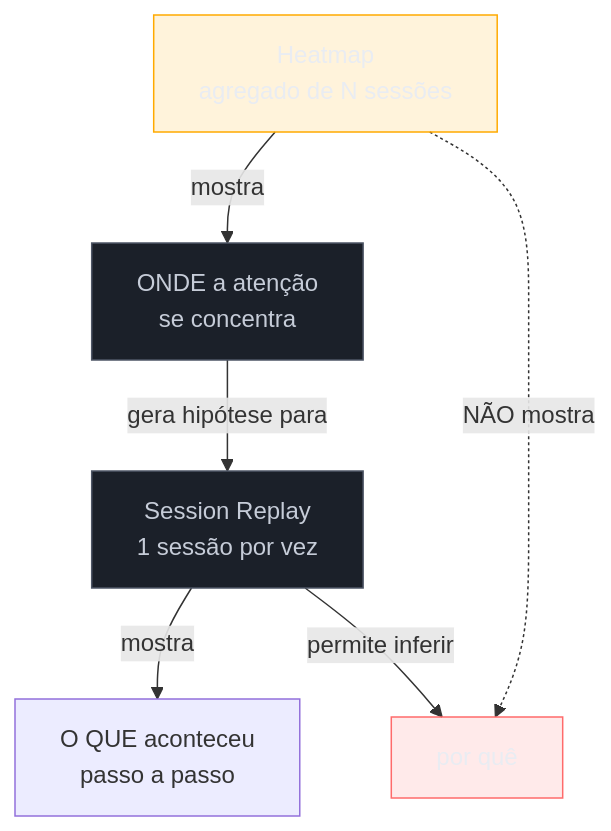
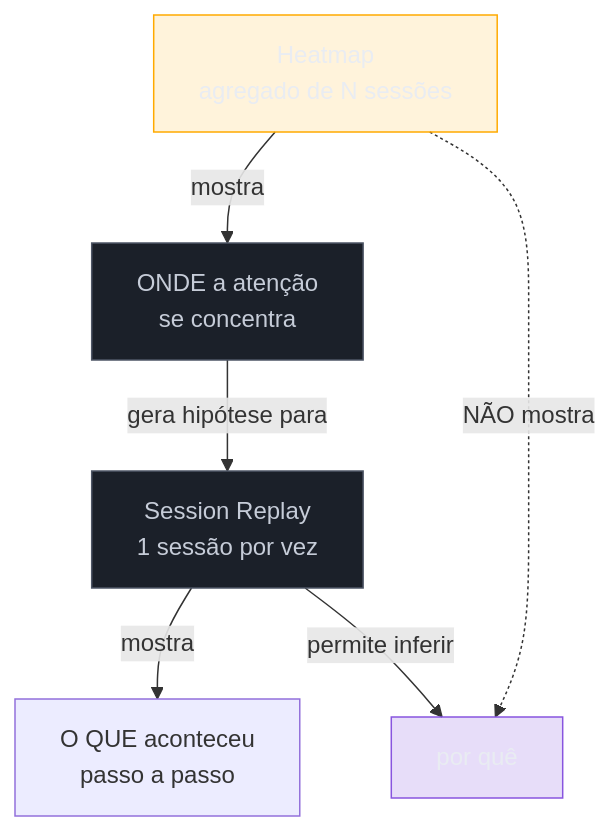
One commit to josenaldo/codex-technomanticus changed the diagram in 03-Dominios/Engenharia/UX/Medir, Validar e Sustentar/43 - Session replay e heatmap - o que provam e o que não.md. Above: the diagram before and after it, drawn with Mermaid. The commit also changed 601 other files, not shown here.

````diff
--- a/03-Dominios/Engenharia/UX/Medir, Validar e Sustentar/43 - Session replay e heatmap - o que provam e o que não.md
+++ b/03-Dominios/Engenharia/UX/Medir, Validar e Sustentar/43 - Session replay e heatmap - o que provam e o que não.md
@@ -39,15 +39,15 @@
 ```mermaid
 graph TD
+    classDef marca fill:#8855DF33,stroke:#8855DF,color:#E9ECF2
     classDef destaque fill:#FFAA0024,stroke:#FFAA00,color:#E9ECF2
     classDef neutro fill:#1B2029,stroke:#4E5666,color:#C6CCD8
-    classDef falha fill:#FF6B6B24,stroke:#FF6B6B,color:#E9ECF2
     HM["Heatmap<br/>agregado de N sessões"] -->|"mostra"| ONDE["ONDE a atenção<br/>se concentra"]
     HM -.->|"NÃO mostra"| PORQUE["por quê"]
     SR["Session Replay<br/>1 sessão por vez"] -->|"mostra"| OQUE["O QUE aconteceu<br/>passo a passo"]
     SR -->|"permite inferir"| PORQUE
     ONDE -->|"gera hipótese para"| SR
     class HM destaque
     class ONDE neutro
-    class PORQUE falha
+    class PORQUE marca
     class SR neutro
 ```
````
